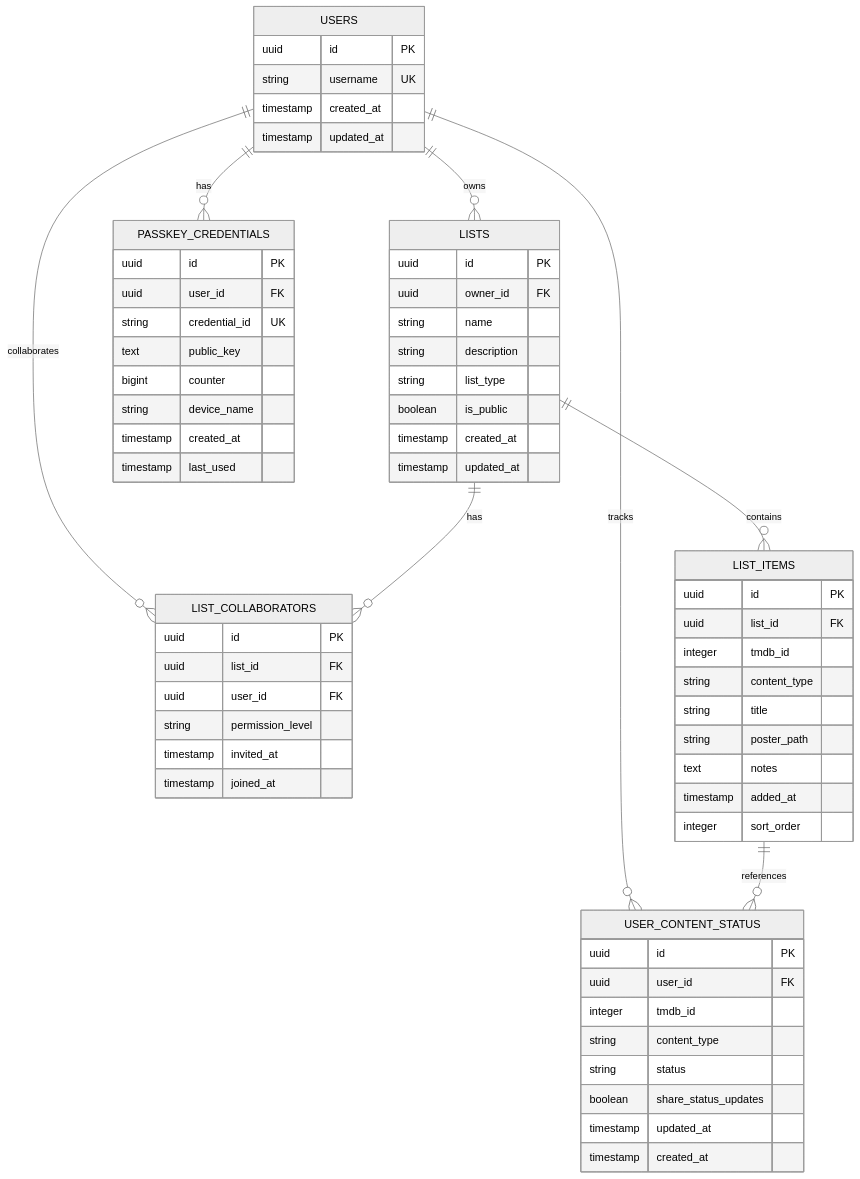
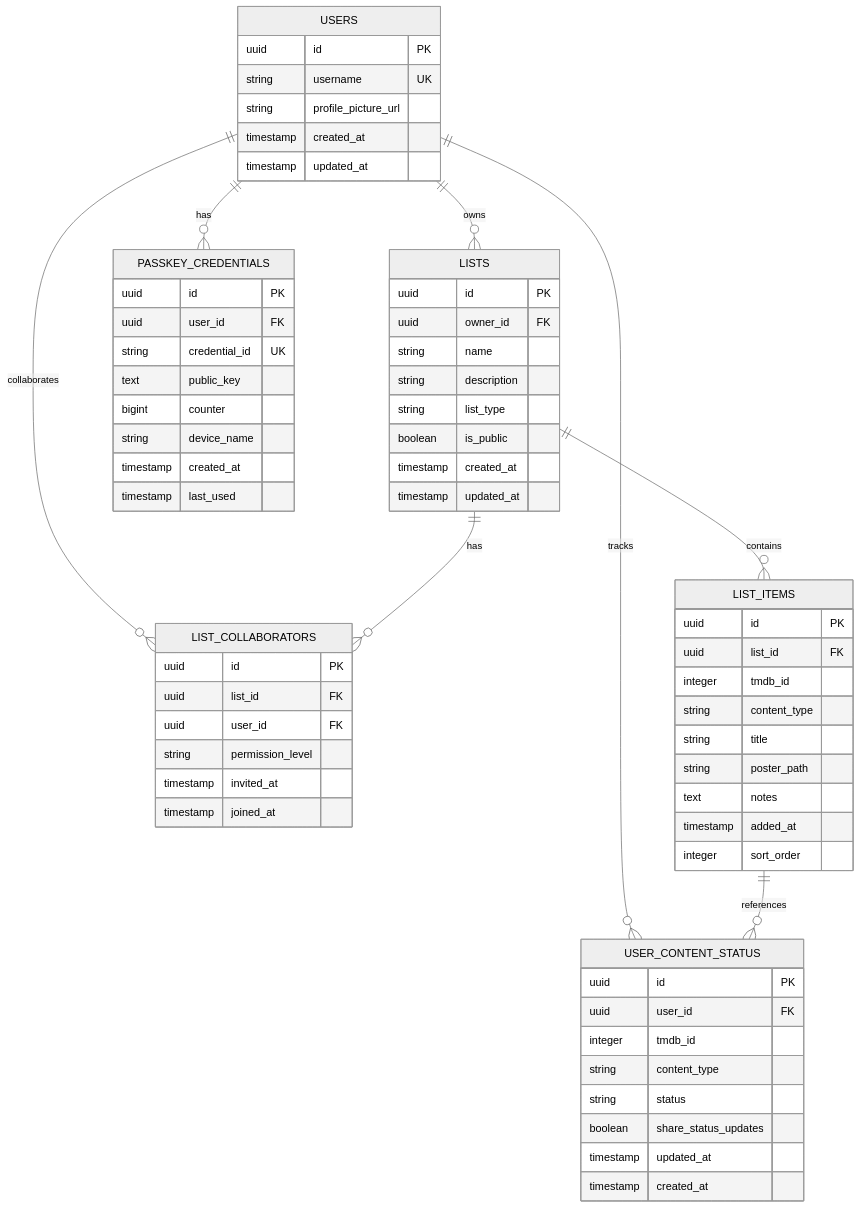
One commit to benpaulsen4/watch-this changed the third of 3 diagrams in .trae/documents/technical-architecture-document.md. Above: the diagram before and after it, drawn with Mermaid (neutral theme). The commit also changed other lines of this file and 22 other files, not shown here.

````diff
--- a/.trae/documents/technical-architecture-document.md
+++ b/.trae/documents/technical-architecture-document.md
@@ -138,71 +237,72 @@
 ```mermaid
 erDiagram
     USERS ||--o{ LISTS : owns
     USERS ||--o{ LIST_COLLABORATORS : collaborates
     LISTS ||--o{ LIST_COLLABORATORS : has
     LISTS ||--o{ LIST_ITEMS : contains
     USERS ||--o{ PASSKEY_CREDENTIALS : has
     USERS ||--o{ USER_CONTENT_STATUS : tracks
     LIST_ITEMS ||--o{ USER_CONTENT_STATUS : references
     
     USERS {
         uuid id PK
         string username UK
+        string profile_picture_url
         timestamp created_at
         timestamp updated_at
     }
     
     PASSKEY_CREDENTIALS {
         uuid id PK
         uuid user_id FK
         string credential_id UK
         text public_key
         bigint counter
         string device_name
         timestamp created_at
         timestamp last_used
     }
     
     LISTS {
         uuid id PK
         uuid owner_id FK
         string name
         string description
         string list_type
         boolean is_public
         timestamp created_at
         timestamp updated_at
     }
     
     LIST_COLLABORATORS {
         uuid id PK
         uuid list_id FK
         uuid user_id FK
         string permission_level
         timestamp invited_at
         timestamp joined_at
     }
     
     LIST_ITEMS {
         uuid id PK
         uuid list_id FK
         integer tmdb_id
         string content_type
         string title
         string poster_path
         text notes
         timestamp added_at
         integer sort_order
     }
     
     USER_CONTENT_STATUS {
         uuid id PK
         uuid user_id FK
         integer tmdb_id
         string content_type
         string status
         boolean share_status_updates
         timestamp updated_at
         timestamp created_at
     }
 ```
````
